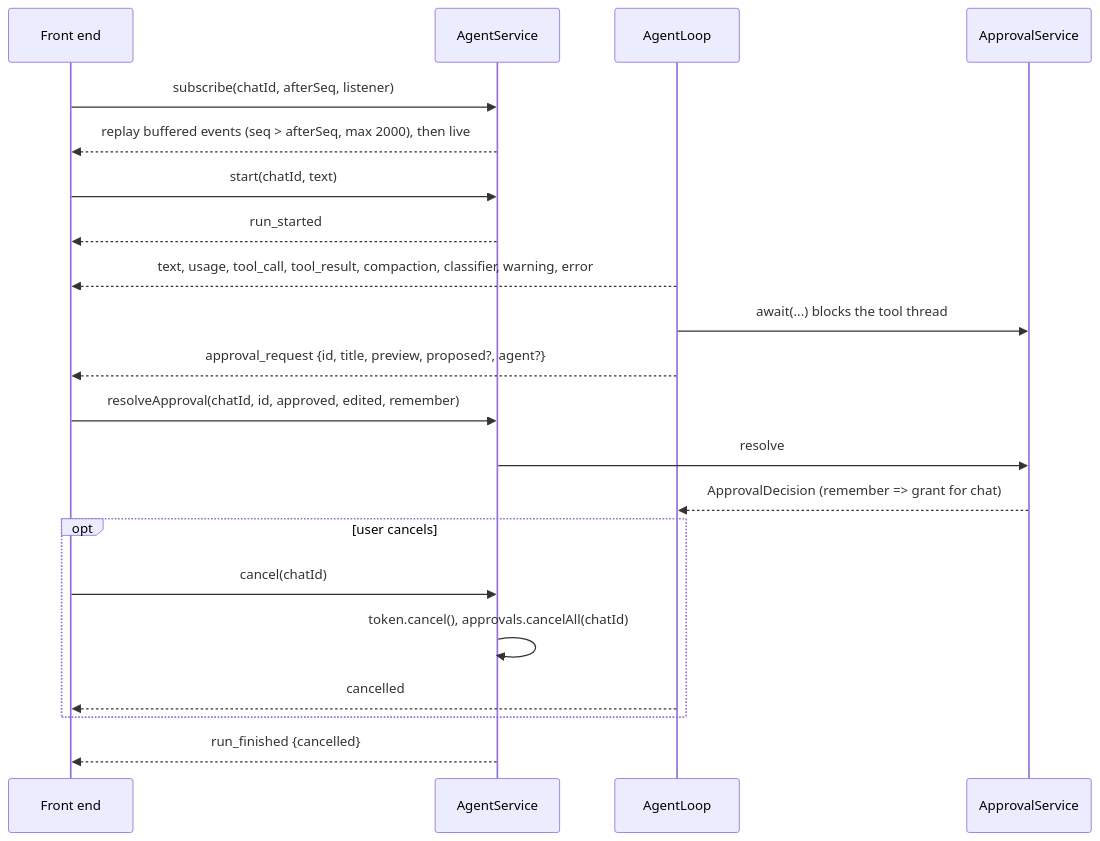
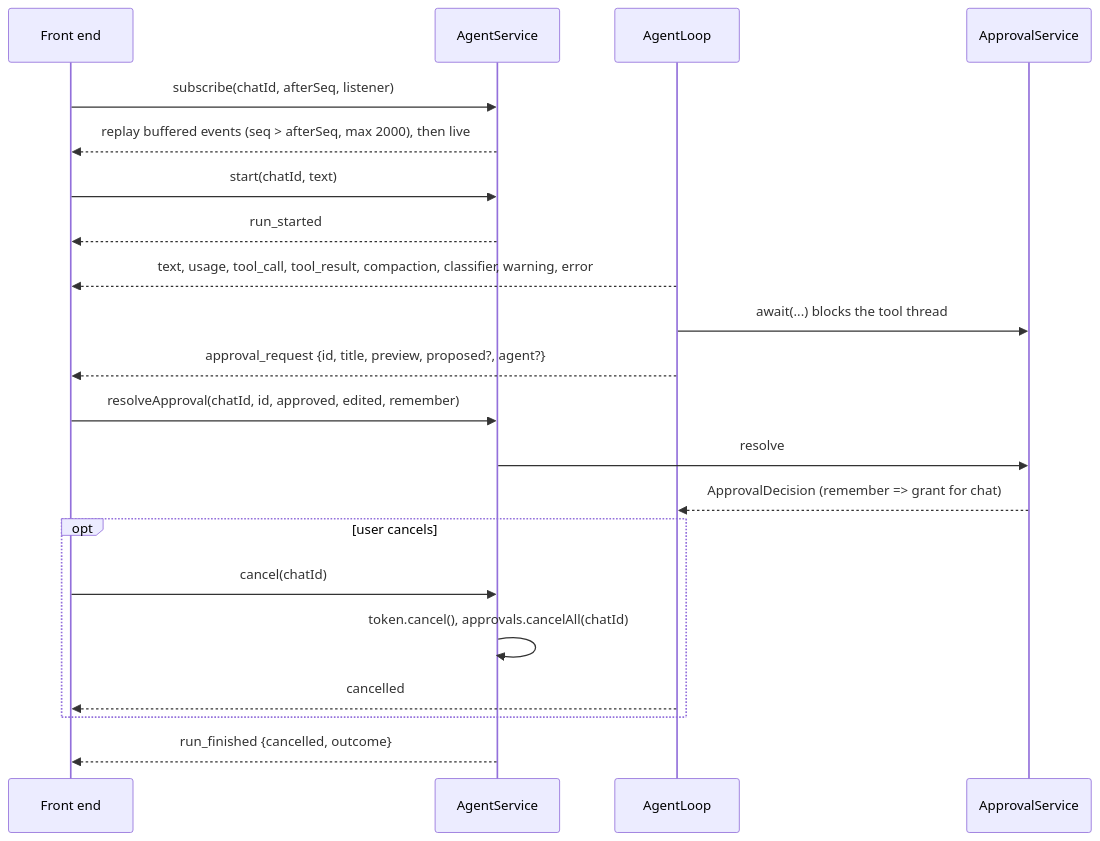
Diagram 12 of 13 in docs/FLOW.md (kendarorg/jllm), drawn with Mermaid before and after one commit. The commit also changed other lines of this file and 592 other files, not shown here.

````diff
--- a/docs/FLOW.md
+++ b/docs/FLOW.md
@@ -410,24 +439,24 @@
 ```mermaid
 sequenceDiagram
     participant FE as Front end
     participant S as AgentService
     participant L as AgentLoop
     participant A as ApprovalService
 
     FE->>S: subscribe(chatId, afterSeq, listener)
     S-->>FE: replay buffered events (seq > afterSeq, max 2000), then live
     FE->>S: start(chatId, text)
     S-->>FE: run_started
     L-->>FE: text, usage, tool_call, tool_result, compaction, classifier, warning, error
     L->>A: await(...) blocks the tool thread
     L-->>FE: approval_request {id, title, preview, proposed?, agent?}
     FE->>S: resolveApproval(chatId, id, approved, edited, remember)
     S->>A: resolve
     A-->>L: ApprovalDecision (remember => grant for chat)
     opt user cancels
         FE->>S: cancel(chatId)
         S->>S: token.cancel(), approvals.cancelAll(chatId)
         L-->>FE: cancelled
     end
-    S-->>FE: run_finished {cancelled}
+    S-->>FE: run_finished {cancelled, outcome}
 ```
````
